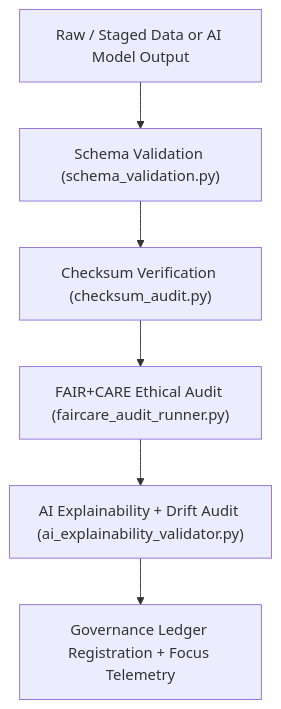
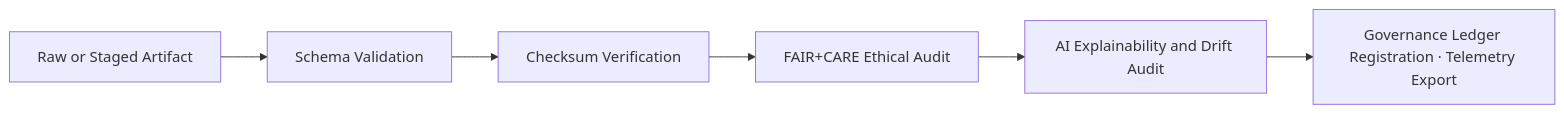
One commit to bartytime4life/Kansas-Frontier-Matrix changed the diagram in src/pipelines/validation/README.md. Above: the diagram before and after it, drawn with Mermaid. The commit also changed other lines of this file, not shown here.

First line of the commit message:
Update README for validation pipelines to v10.1.0

````diff
--- a/src/pipelines/validation/README.md
+++ b/src/pipelines/validation/README.md
@@ -67,8 +67,8 @@
 ```mermaid
-flowchart TD
-    A["Raw / Staged Data or AI Model Output"] --> B["Schema Validation (schema_validation.py)"]
-    B --> C["Checksum Verification (checksum_audit.py)"]
-    C --> D["FAIR+CARE Ethical Audit (faircare_audit_runner.py)"]
-    D --> E["AI Explainability + Drift Audit (ai_explainability_validator.py)"]
-    E --> F["Governance Ledger Registration + Focus Telemetry"]
+flowchart LR
+    A["Raw or Staged Artifact"] --> B["Schema Validation"]
+    B --> C["Checksum Verification"]
+    C --> D["FAIR+CARE Ethical Audit"]
+    D --> E["AI Explainability and Drift Audit"]
+    E --> F["Governance Ledger Registration · Telemetry Export"]
 ```
````
